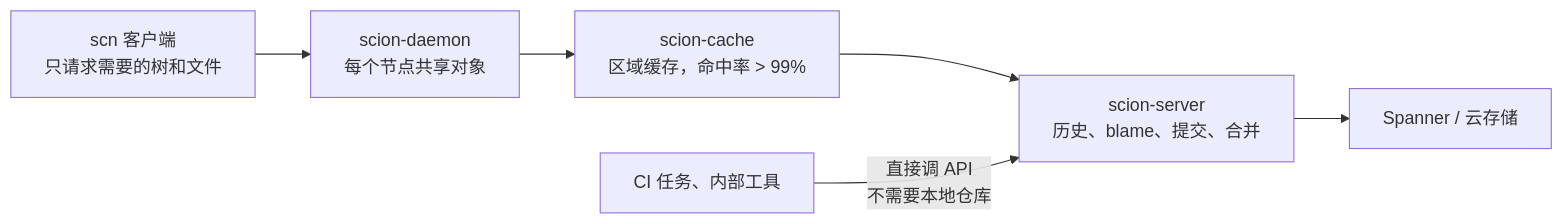
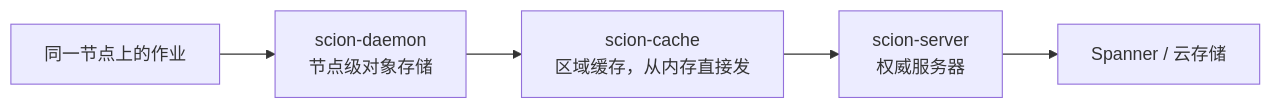
The second of 2 diagrams in docs/49-anthropic-scion-source-control.md (yzw7489757/ai-coding-videos), drawn with Mermaid before and after one commit. The commit also changed other lines of this file and 6 other files, not shown here.

````diff
--- a/docs/49-anthropic-scion-source-control.md
+++ b/docs/49-anthropic-scion-source-control.md
@@ -49,8 +134,7 @@
 ```mermaid
 flowchart LR
-    C["scn 客户端<br/>只请求需要的树和文件"] --> D["scion-daemon<br/>每个节点共享对象"]
-    D --> K["scion-cache<br/>区域缓存，命中率 > 99%"]
-    K --> S["scion-server<br/>历史、blame、提交、合并"]
-    S --> P["Spanner / 云存储"]
-    J["CI 任务、内部工具"] -- "直接调 API<br/>不需要本地仓库" --> S
+  J["同一节点上的作业"] --> D["scion-daemon<br/>节点级对象存储"]
+  D --> C["scion-cache<br/>区域缓存，从内存直接发"]
+  C --> S["scion-server<br/>权威服务器"]
+  S --> P["Spanner / 云存储"]
 ```
````
